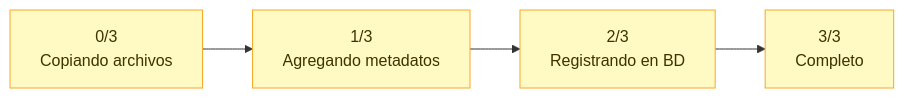
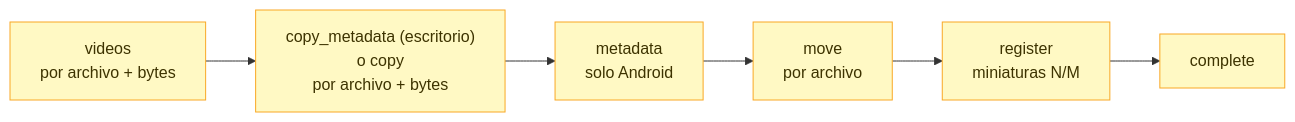
Before and after one commit to everitosan/lumik: the seventh of 7 diagrams in docs/useCases/flujo-importar-imagenes.md, drawn with Mermaid. The commit also changed other lines of this file and 22 other files, not shown here.

````diff
--- a/docs/useCases/flujo-importar-imagenes.md
+++ b/docs/useCases/flujo-importar-imagenes.md
@@ -189,7 +215,7 @@
 ```mermaid
 flowchart LR
-    p0["0/3<br/>Copiando archivos"] --> p1["1/3<br/>Agregando metadatos"] --> p2["2/3<br/>Registrando en BD"] --> p3["3/3<br/>Completo"]
+    p0["videos<br/>por archivo + bytes"] --> p1["copy_metadata (escritorio)<br/>o copy<br/>por archivo + bytes"] --> p2["metadata<br/>solo Android"] --> p3["move<br/>por archivo"] --> p4["register<br/>miniaturas N/M"] --> p5["complete"]
 
     classDef note fill:#fff9c4,stroke:#f9a825,color:#3d3300
-    class p0,p1,p2,p3 note
+    class p0,p1,p2,p3,p4,p5 note
 ```
````
